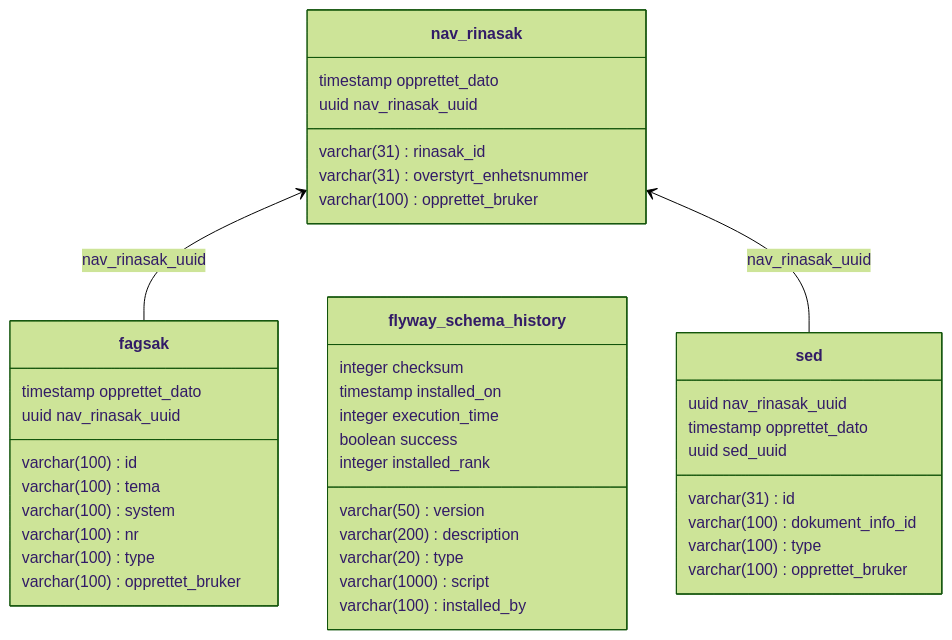
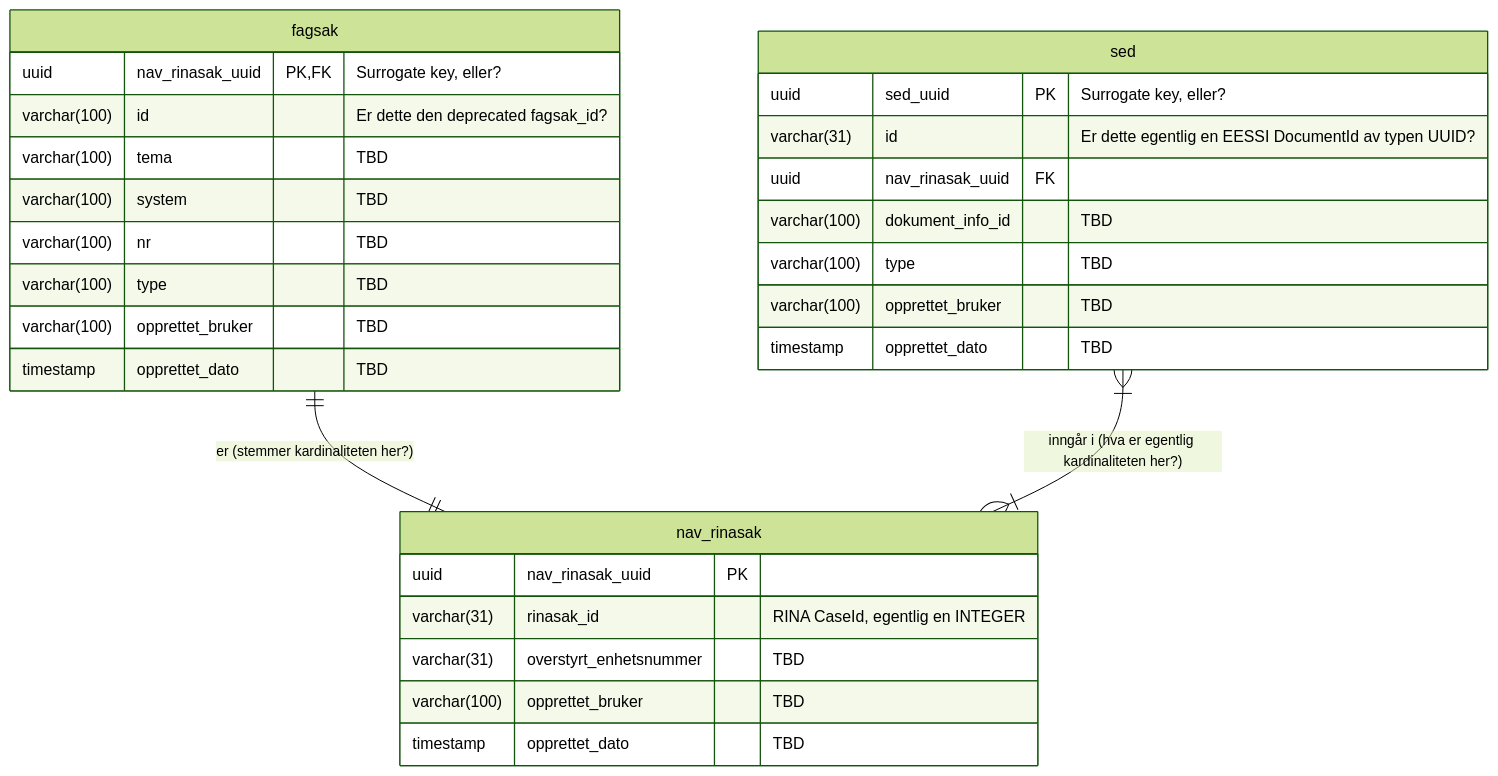
The diagram in readme.md (navikt/eux-nav-rinasak), drawn with Mermaid (forest theme) before and after one commit. The commit also changed other lines of this file, not shown here.

Commit message:
chore(doc): persistence
Første utkast på konseptuell modell.
Plassholder for logisk modell.
ER diagram i README inkl noen spørsmål

`````diff
--- a/readme.md
+++ b/readme.md
@@ -27,46 +27,35 @@
 ````mermaid
-classDiagram
-direction BT
-class fagsak {
-   varchar(100) id
-   varchar(100) tema
-   varchar(100) system
-   varchar(100) nr
-   varchar(100) type
-   varchar(100) opprettet_bruker
-   timestamp opprettet_dato
-   uuid nav_rinasak_uuid
-}
-class flyway_schema_history {
-   varchar(50) version
-   varchar(200) description
-   varchar(20) type
-   varchar(1000) script
-   integer checksum
-   varchar(100) installed_by
-   timestamp installed_on
-   integer execution_time
-   boolean success
-   integer installed_rank
-}
-class nav_rinasak {
-   varchar(31) rinasak_id
-   varchar(31) overstyrt_enhetsnummer
-   varchar(100) opprettet_bruker
-   timestamp opprettet_dato
-   uuid nav_rinasak_uuid
-}
-class sed {
-   varchar(31) id
-   uuid nav_rinasak_uuid
-   varchar(100) dokument_info_id
-   varchar(100) type
-   varchar(100) opprettet_bruker
-   timestamp opprettet_dato
-   uuid sed_uuid
-}
+erDiagram
+    nav_rinasak {
+        uuid            nav_rinasak_uuid PK         
+        varchar(31)     rinasak_id "RINA CaseId, egentlig en INTEGER"
+        varchar(31)     overstyrt_enhetsnummer "TBD"
+        varchar(100)    opprettet_bruker "TBD"      
+        timestamp       opprettet_dato   "TBD"      
+    }
+    fagsak {
+        uuid            nav_rinasak_uuid PK, FK "Surrogate key, eller?"             
+        varchar(100)    id  "Er dette den deprecated fagsak_id?"              
+        varchar(100)    tema "TBD"            
+        varchar(100)    system     "TBD"      
+        varchar(100)    nr    "TBD"           
+        varchar(100)    type   "TBD"          
+        varchar(100)    opprettet_bruker "TBD"
+        timestamp       opprettet_dato "TBD"
+    }
 
-fagsak  -->  nav_rinasak : nav_rinasak_uuid
-sed  -->  nav_rinasak : nav_rinasak_uuid
+    sed {
+        uuid            sed_uuid PK  "Surrogate key, eller?"
+        varchar(31)     id  "Er dette egentlig en EESSI DocumentId av typen UUID?"
+        uuid            nav_rinasak_uuid FK   
+        varchar(100)    dokument_info_id "TBD"
+        varchar(100)    type             "TBD"
+        varchar(100)    opprettet_bruker "TBD"
+        timestamp       opprettet_dato   "TBD"
+    }
+    
+    fagsak ||--|| nav_rinasak :  "er (stemmer kardinaliteten her?)"
+    sed }|--|{ nav_rinasak :  "inngår i (hva er egentlig kardinaliteten her?)"
+    
 
 ````
`````
